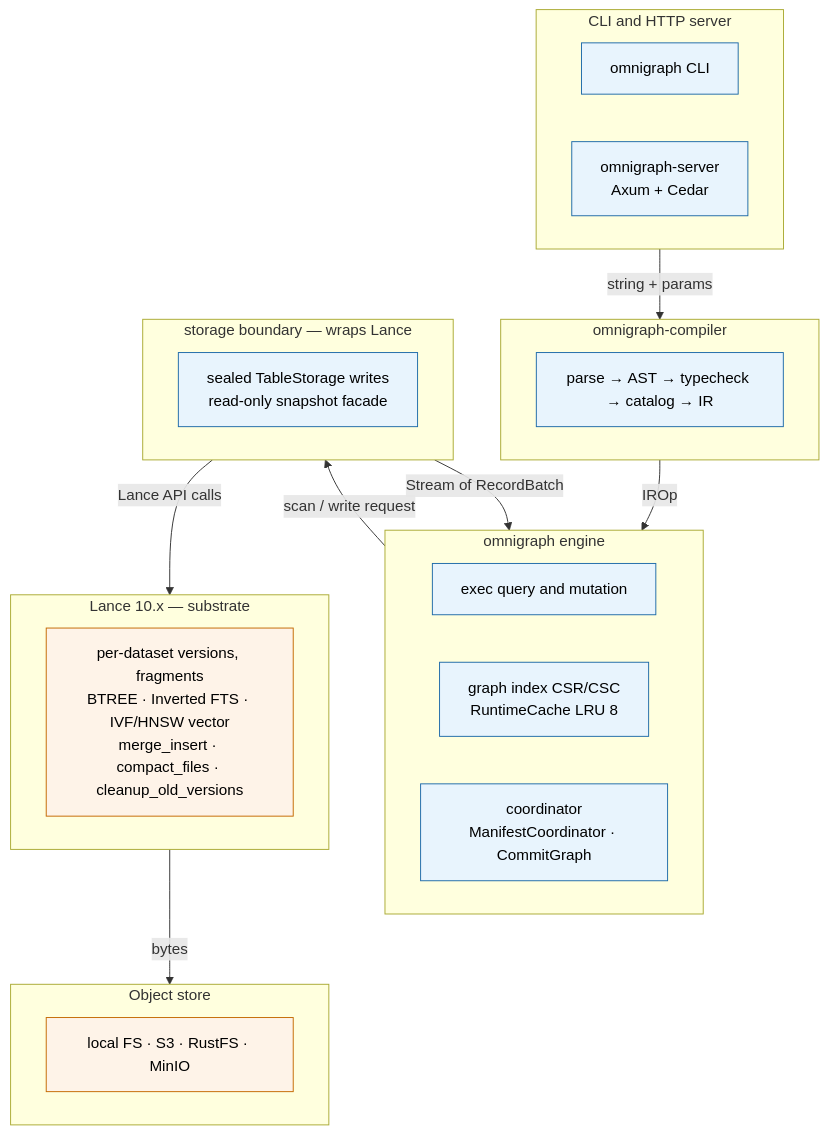
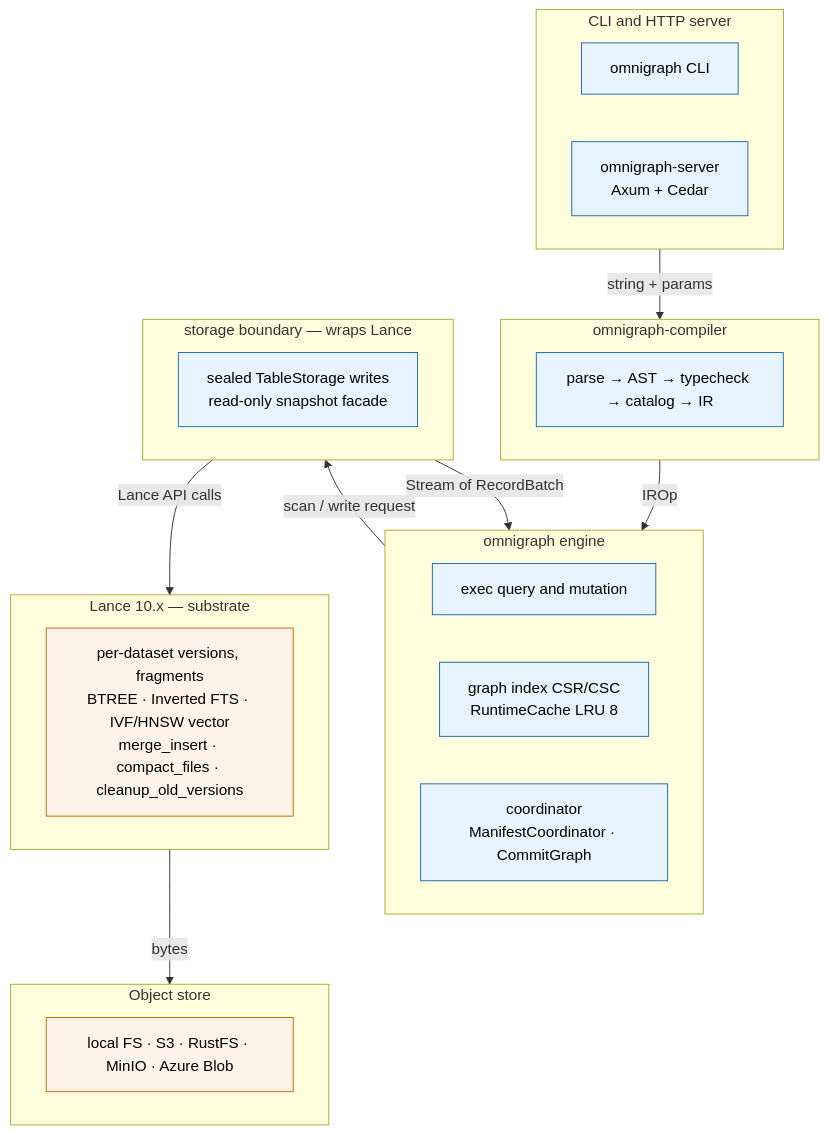
One commit to ModernRelay/omnigraph changed the second of 7 diagrams in docs/dev/architecture.md. Above: the diagram before and after it, drawn with Mermaid. The commit also changed other lines of this file and 81 other files, not shown here.

Commit message:
feat(azure): implement RFC-0029 Blob storage preview

````diff
--- a/docs/dev/architecture.md
+++ b/docs/dev/architecture.md
@@ -49,39 +49,39 @@
 ```mermaid
 flowchart TB
     classDef l2 fill:#e8f4fd,stroke:#1e6aa8,color:#000
     classDef l1 fill:#fef3e8,stroke:#c46900,color:#000
 
     subgraph CLIs[CLI and HTTP server]
         cli[omnigraph CLI]:::l2
         srv[omnigraph-server<br/>Axum + Cedar]:::l2
     end
 
     subgraph compiler[omnigraph-compiler]
         front[parse → AST → typecheck → catalog → IR]:::l2
     end
 
     subgraph engine[omnigraph engine]
         plan[exec query and mutation]:::l2
         gi[graph index CSR/CSC<br/>RuntimeCache LRU 8]:::l2
         coord[coordinator<br/>ManifestCoordinator · CommitGraph]:::l2
     end
 
     subgraph storage[storage boundary — wraps Lance]
         ts[sealed TableStorage writes<br/>read-only snapshot facade]:::l2
     end
 
     subgraph lance_layer[Lance 10.x — substrate]
         lance[per-dataset versions, fragments<br/>BTREE · Inverted FTS · IVF/HNSW vector<br/>merge_insert · compact_files · cleanup_old_versions]:::l1
     end
 
     subgraph object_store[Object store]
-        os[local FS · S3 · RustFS · MinIO]:::l1
+        os[local FS · S3 · RustFS · MinIO · Azure Blob]:::l1
     end
 
     CLIs -- "string + params" --> compiler
     compiler -- IROp --> engine
     engine -- "scan / write request" --> storage
     storage -- "Stream of RecordBatch" --> engine
     storage -- "Lance API calls" --> lance_layer
     lance_layer -- bytes --> object_store
 ```
````
